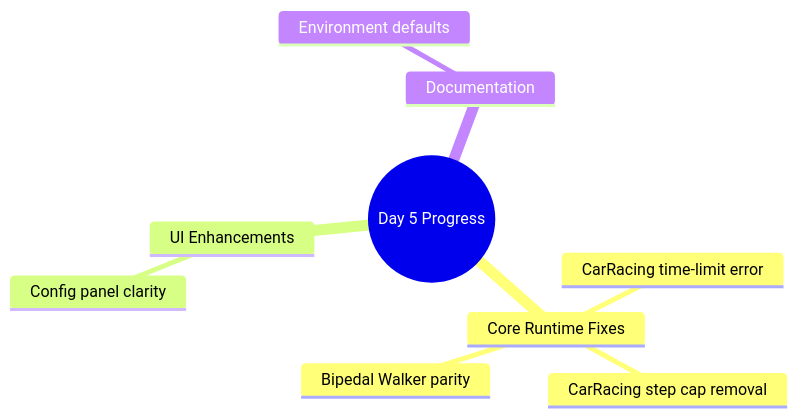
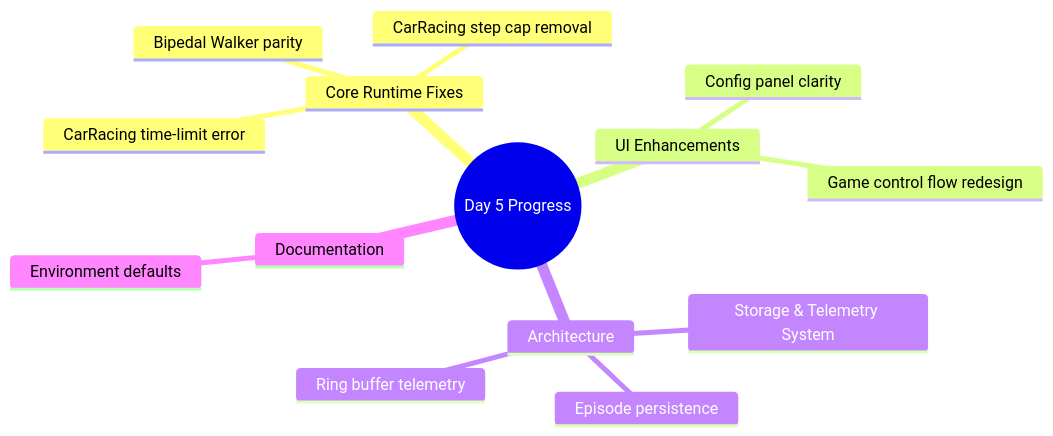
Before and after one commit to Abdulhamid97Mousa/mosaic: the first of 8 diagrams in 1.0_DAY_5_CURRENT_DESIGN_PROGRESS.md, drawn with Mermaid. The commit also changed other lines of this file and 10 other files, not shown here.

````diff
--- a/1.0_DAY_5_CURRENT_DESIGN_PROGRESS.md
+++ b/1.0_DAY_5_CURRENT_DESIGN_PROGRESS.md
@@ -7,12 +7,17 @@
 ```mermaid
 mindmap
   root((Day 5 Progress))
     Core Runtime Fixes
       CarRacing time-limit error
       CarRacing step cap removal
       Bipedal Walker parity
     UI Enhancements
       Config panel clarity
+      Game control flow redesign
+    Architecture
+      Storage & Telemetry System
+      Episode persistence
+      Ring buffer telemetry
     Documentation
       Environment defaults
 ```
````
